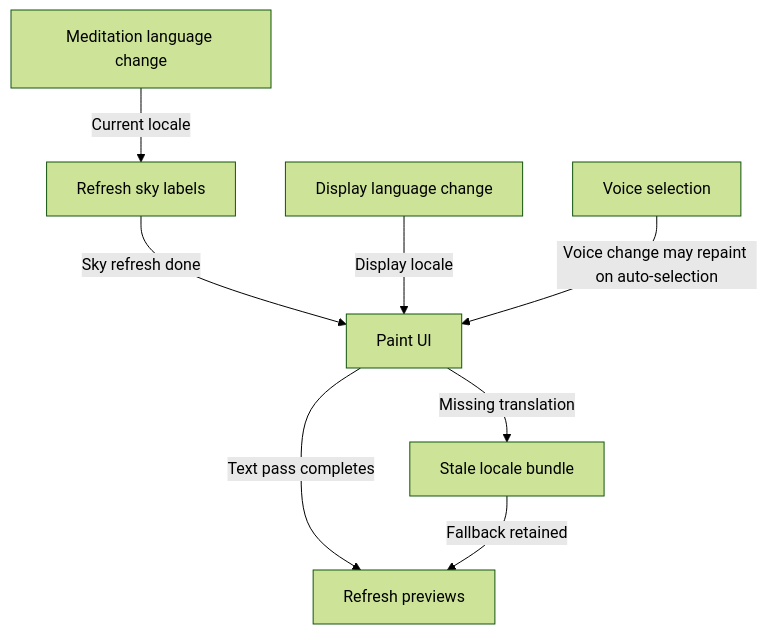
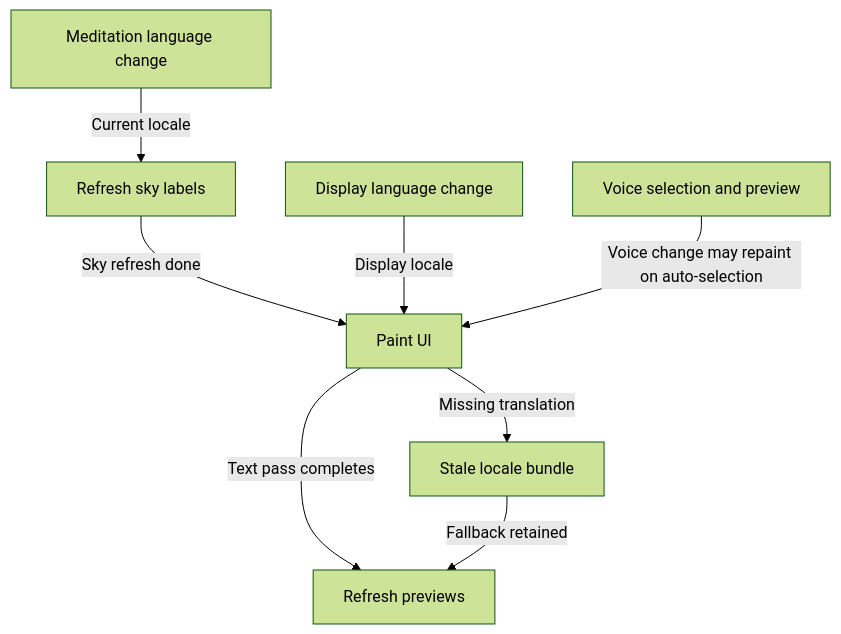
Before and after one commit to missionode/lite: diagram 31 of 44 in docs/app-map/FLOW-REFERENCE.md, drawn with Mermaid (forest theme). The commit also changed other lines of this file and 76 other files, not shown here.

````diff
--- a/docs/app-map/FLOW-REFERENCE.md
+++ b/docs/app-map/FLOW-REFERENCE.md
@@ -1564,17 +1564,17 @@
 ```mermaid
 flowchart TD
   language["Meditation language change"]
   display["Display language change"]
-  voice["Voice selection"]
+  voice["Voice selection and preview"]
   sky["Refresh sky labels"]
   paint["Paint UI"]
   fallback["Stale locale bundle"]
   summaries["Refresh previews"]
   language -->|"Current locale"| sky
   sky -->|"Sky refresh done"| paint
   display -->|"Display locale"| paint
   voice -->|"Voice change may repaint on auto-selection"| paint
   paint -->|"Missing translation"| fallback
   paint -->|"Text pass completes"| summaries
   fallback -->|"Fallback retained"| summaries
 ```
````
